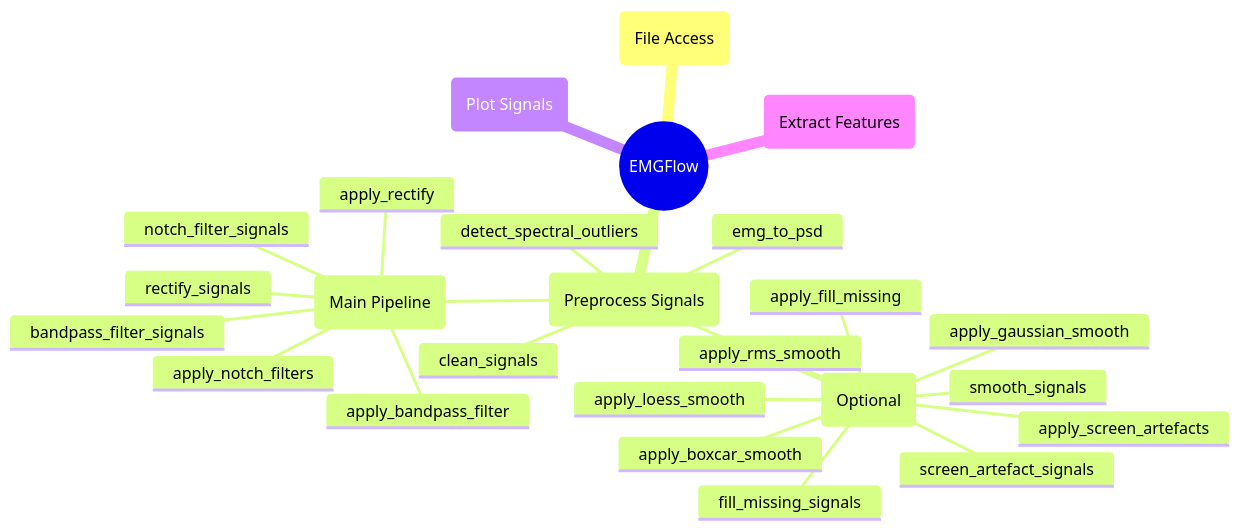
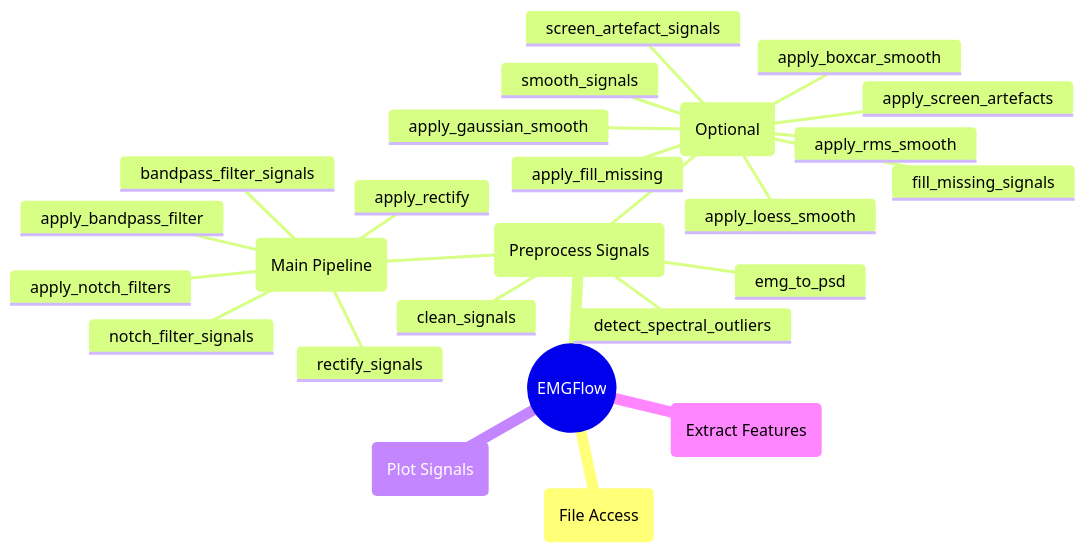
Before and after one commit to WiIIson/EMGFlow-Python-Package: the diagram in docs/reference/preprocess-signals.md, drawn with Mermaid. The commit also changed other lines of this file, not shown here.

First line of the commit message:
Update preprocess-signals.md

````diff
--- a/docs/reference/preprocess-signals.md
+++ b/docs/reference/preprocess-signals.md
@@ -7,28 +7,28 @@
 ```mermaid
 mindmap
     root((EMGFlow))
         AF(File Access)
         PrS(Preprocess Signals)
             emg_to_psd
             (Main Pipeline)
+                apply_bandpass_filter
                 apply_notch_filters
+                apply_rectify
+                bandpass_filter_signals
                 notch_filter_signals
-                apply_bandpass_filter
-                bandpass_filter_signals
-                apply_rectify
                 rectify_signals
             (Optional)
-                apply_screen_artefacts
-                screen_artefact_signals
+                apply_boxcar_smooth
                 apply_fill_missing
-                fill_missing_signals
-                apply_boxcar_smooth
-                apply_rms_smooth
                 apply_gaussian_smooth
                 apply_loess_smooth
+                apply_rms_smooth
+                apply_screen_artefacts
+                fill_missing_signals
+                screen_artefact_signals
                 smooth_signals
             clean_signals
             detect_spectral_outliers
         PlS(Plot Signals)
         EF(Extract Features)
 ```
````
